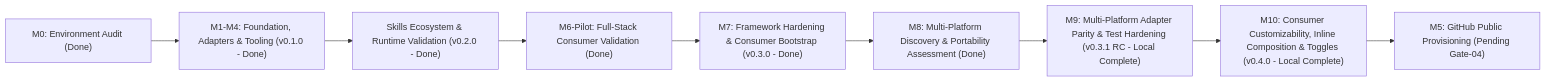
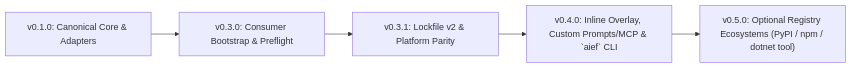
Before and after one commit to Raele24/ai-engineering-framework: the diagram in docs/ROADMAP.md, drawn with Mermaid. The commit also changed other lines of this file and 28 other files, not shown here.

Commit message:
feat: update framework core rules, adapters, and documentation for v0.4.0 release

````diff
--- a/docs/ROADMAP.md
+++ b/docs/ROADMAP.md
@@ -9,11 +9,7 @@
 ```mermaid
 flowchart LR
-    M0["M0: Environment Audit (Done)"] --> M1["M1-M4: Foundation, Adapters & Tooling (v0.1.0 - Done)"]
-    M1 --> M2["Skills Ecosystem & Runtime Validation (v0.2.0 - Done)"]
-    M2 --> M6["M6-Pilot: Full-Stack Consumer Validation (Done)"]
-    M6 --> M7["M7: Framework Hardening & Consumer Bootstrap (v0.3.0 - Done)"]
-    M7 --> M8["M8: Multi-Platform Discovery & Portability Assessment (Done)"]
-    M8 --> M9["M9: Multi-Platform Adapter Parity & Test Hardening (v0.3.1 RC - Local Complete)"]
-    M9 --> M10["M10: Consumer Customizability, Inline Composition & Toggles (v0.4.0 - Local Complete)"]
-    M10 --> M5["M5: GitHub Public Provisioning (Pending Gate-04)"]
+    V01["v0.1.0: Canonical Core & Adapters"] --> V03["v0.3.0: Consumer Bootstrap & Preflight"]
+    V03 --> V031["v0.3.1: Lockfile v2 & Platform Parity"]
+    V031 --> V04["v0.4.0: Inline Overlay, Custom Prompts/MCP & `aief` CLI"]
+    V04 --> V05["v0.5.0: Optional Registry Ecosystems (PyPI / npm / dotnet tool)"]
 ```
````
